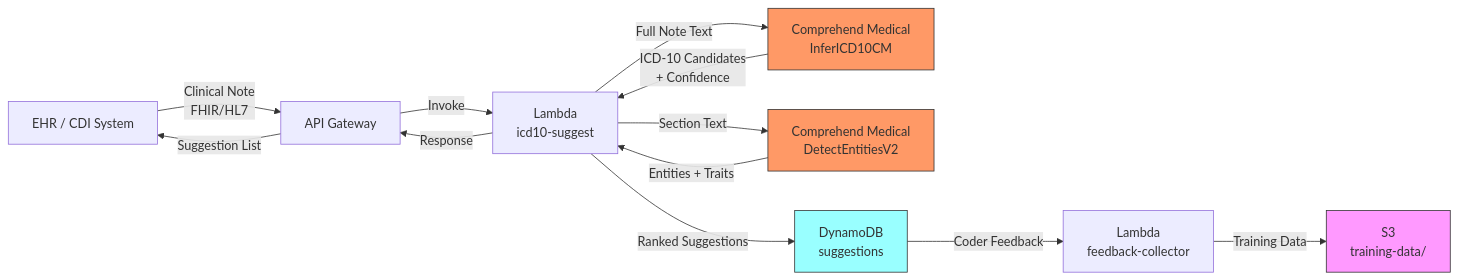
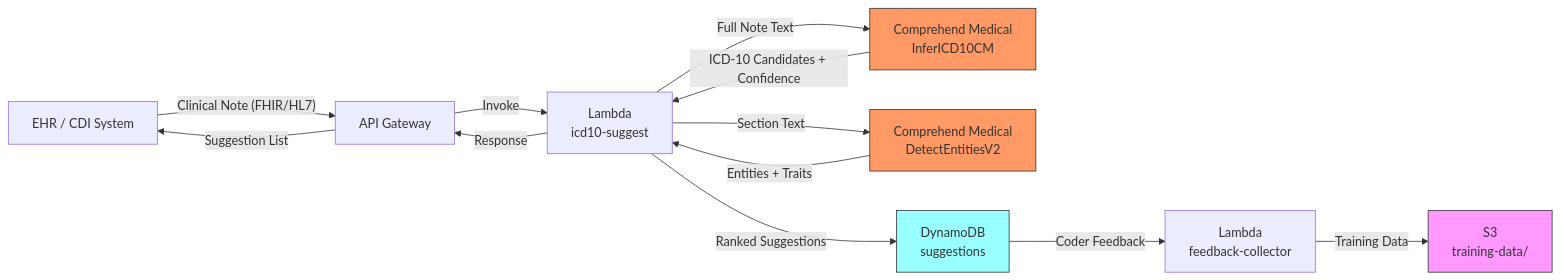
Before and after one commit to ccrngd1/HCLS-ai-book: the diagram in chapter08.03-architecture.md, drawn with Mermaid. The commit also changed 185 other files, not shown here.

````diff
--- a/chapter08.03-architecture.md
+++ b/chapter08.03-architecture.md
@@ -25,19 +25,19 @@
 ```mermaid
 flowchart LR
-    A[EHR / CDI System] -->|Clinical Note\nFHIR/HL7| B[API Gateway]
-    B -->|Invoke| C[Lambda\nicd10-suggest]
-    C -->|Full Note Text| D[Comprehend Medical\nInferICD10CM]
-    C -->|Section Text| E[Comprehend Medical\nDetectEntitiesV2]
-    D -->|ICD-10 Candidates\n+ Confidence| C
+    A[EHR / CDI System] -->|"Clinical Note (FHIR/HL7)"| B[API Gateway]
+    B -->|Invoke| C[Lambda<br/>icd10-suggest]
+    C -->|Full Note Text| D[Comprehend Medical<br/>InferICD10CM]
+    C -->|Section Text| E[Comprehend Medical<br/>DetectEntitiesV2]
+    D -->|"ICD-10 Candidates + Confidence"| C
     E -->|Entities + Traits| C
-    C -->|Ranked Suggestions| F[DynamoDB\nsuggestions]
+    C -->|Ranked Suggestions| F[DynamoDB<br/>suggestions]
     C -->|Response| B
     B -->|Suggestion List| A
-    F -->|Coder Feedback| G[Lambda\nfeedback-collector]
-    G -->|Training Data| H[S3\ntraining-data/]
+    F -->|Coder Feedback| G[Lambda<br/>feedback-collector]
+    G -->|Training Data| H[S3<br/>training-data/]
 
     style D fill:#f96,stroke:#333
     style E fill:#f96,stroke:#333
     style F fill:#9ff,stroke:#333
     style H fill:#f9f,stroke:#333
 ```
````
